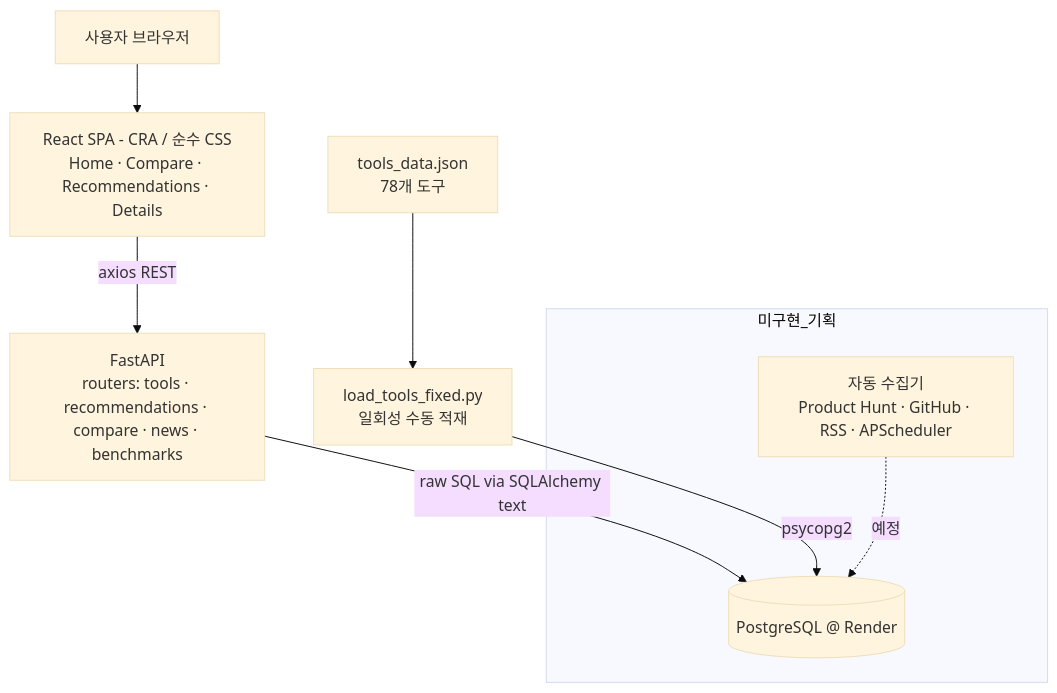
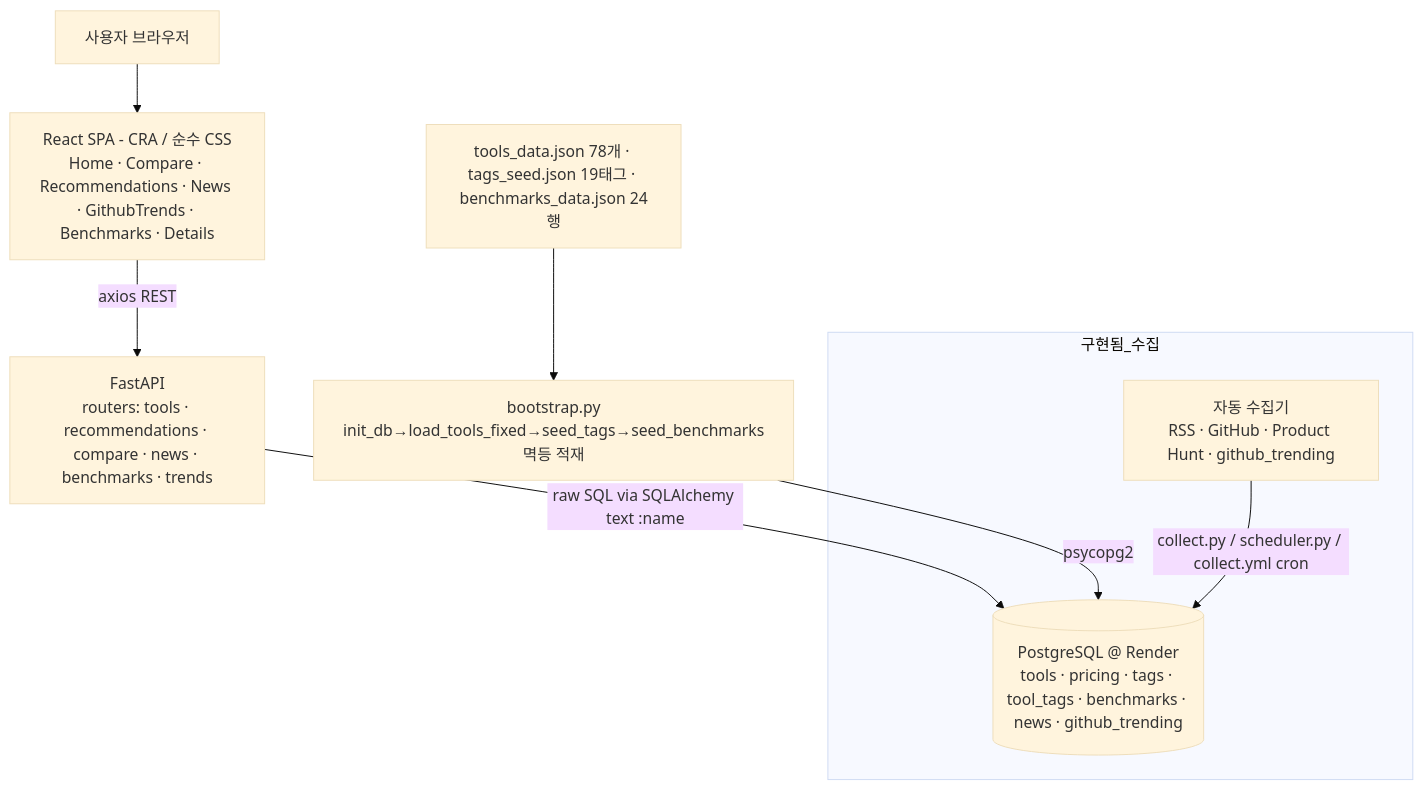
One commit to ybkim202/ai-tools-platform changed the first of 3 diagrams in docs/PROJECT_OVERVIEW.md. Above: the diagram before and after it, drawn with Mermaid (base theme). The commit also changed other lines of this file and 23 other files, not shown here.

````diff
--- a/docs/PROJECT_OVERVIEW.md
+++ b/docs/PROJECT_OVERVIEW.md
@@ -107,13 +114,13 @@
 ```mermaid
 flowchart TD
-    User[사용자 브라우저] --> FE[React SPA - CRA / 순수 CSS<br/>Home · Compare · Recommendations · Details]
-    FE -->|axios REST| BE[FastAPI<br/>routers: tools · recommendations · compare · news · benchmarks]
-    BE -->|raw SQL via SQLAlchemy text| DB[(PostgreSQL @ Render)]
-    Loader[load_tools_fixed.py<br/>일회성 수동 적재] -->|psycopg2| DB
-    JSON[tools_data.json<br/>78개 도구] --> Loader
+    User[사용자 브라우저] --> FE[React SPA - CRA / 순수 CSS<br/>Home · Compare · Recommendations · News · GithubTrends · Benchmarks · Details]
+    FE -->|axios REST| BE[FastAPI<br/>routers: tools · recommendations · compare · news · benchmarks · trends]
+    BE -->|raw SQL via SQLAlchemy text :name| DB[(PostgreSQL @ Render<br/>tools · pricing · tags · tool_tags · benchmarks · news · github_trending)]
+    Bootstrap[bootstrap.py<br/>init_db→load_tools_fixed→seed_tags→seed_benchmarks<br/>멱등 적재] -->|psycopg2| DB
+    JSON[tools_data.json 78개 · tags_seed.json 19태그 · benchmarks_data.json 24행] --> Bootstrap
 
-    subgraph 미구현_기획
-      Collector[자동 수집기<br/>Product Hunt · GitHub · RSS · APScheduler]
-      Collector -.예정.-> DB
+    subgraph 구현됨_수집
+      Collector[자동 수집기<br/>RSS · GitHub · Product Hunt · github_trending]
+      Collector -->|collect.py / scheduler.py / collect.yml cron| DB
     end
 ```
````
